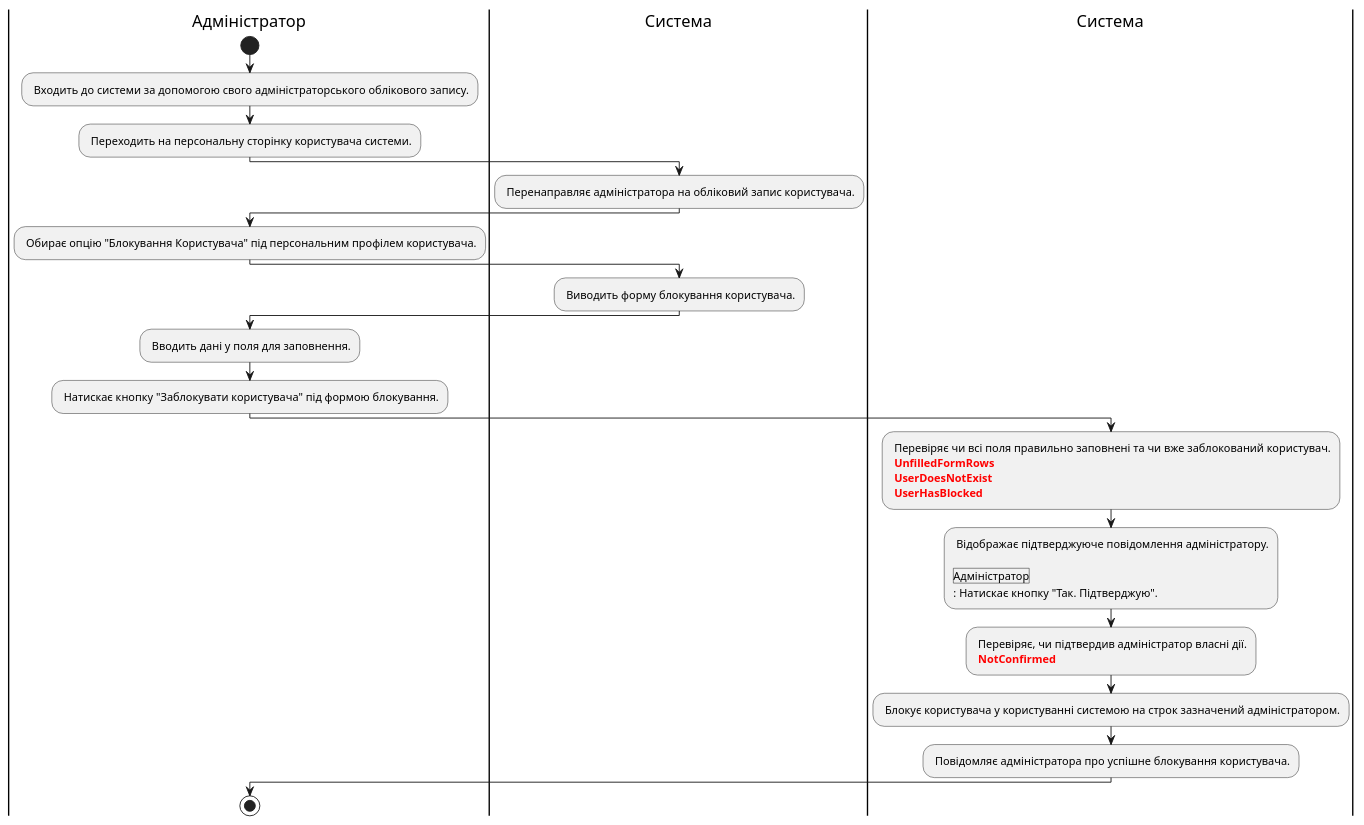
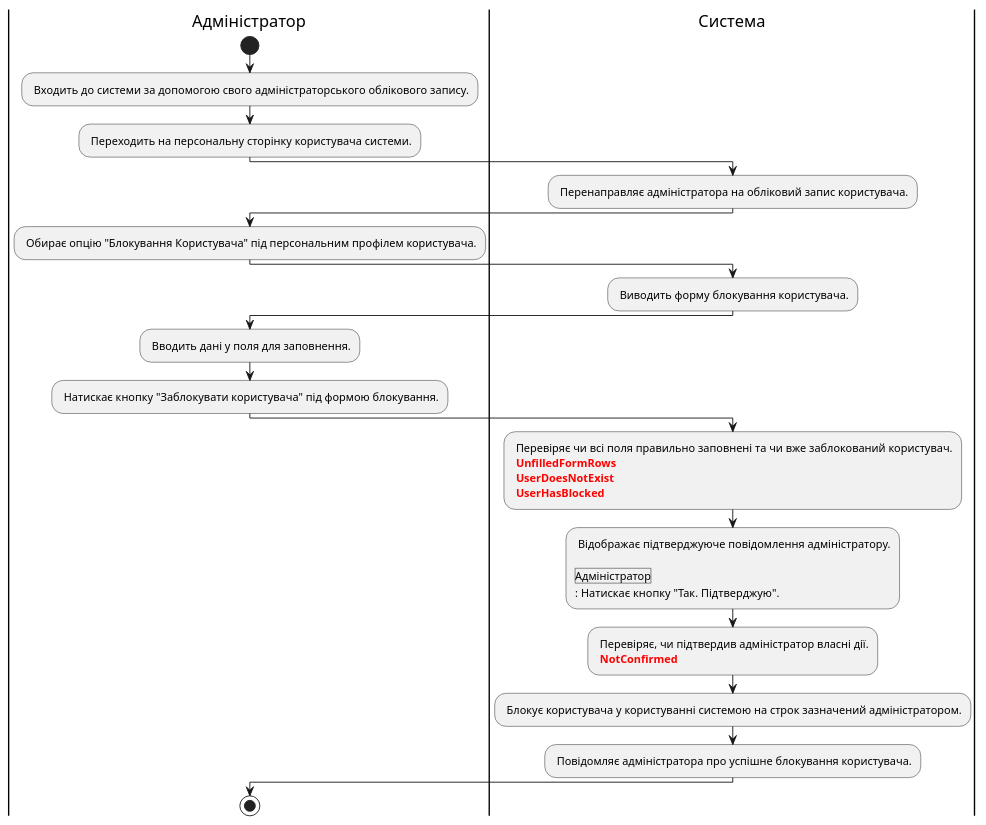
One commit to notnuff/edu_db_labs-IM-21 changed diagram 17 of 18 in docs/use cases/README.md. Above: the diagram before and after it, drawn with PlantUML. The commit also changed other lines of this file, not shown here.

Commit message:
fix uml diagrams

```diff
--- a/docs/use cases/README.md
+++ b/docs/use cases/README.md
@@ -572,42 +572,42 @@
 @startuml
 
     |Адміністратор|
     start;
     : Входить до системи за допомогою свого адміністраторського облікового запису.;
     : Переходить на персональну сторінку користувача системи.;
 
     |Система|
     : Перенаправляє адміністратора на обліковий запис користувача.;
 
     |Адміністратор|
     : Обирає опцію "Блокування Користувача" під персональним профілем користувача.;
 
     |Система|
     : Виводить форму блокування користувача.;
 
     |Адміністратор|
     : Вводить дані у поля для заповнення.;
     : Натискає кнопку "Заблокувати користувача" під формою блокування.;
     
-    |Cистема|
+    |Система|
     : Перевіряє чи всі поля правильно заповнені та чи вже заблокований користувач.
     <font color="red"><b> UnfilledFormRows
     <font color="red"><b> UserDoesNotExist
     <font color="red"><b> UserHasBlocked;
 
     : Відображає підтверджуюче повідомлення адміністратору.
 
     |Адміністратор|
     : Натискає кнопку "Так. Підтверджую".;
 
-    |Cистема|
+    |Система|
     : Перевіряє, чи підтвердив адміністратор власні дії.
     <font color="red"><b> NotConfirmed;
 
     : Блокує користувача у користуванні системою на строк зазначений адміністратором.;
     : Повідомляє адміністратора про успішне блокування користувача.;
 
     |Адміністратор|
     stop;
     
 @enduml
```
